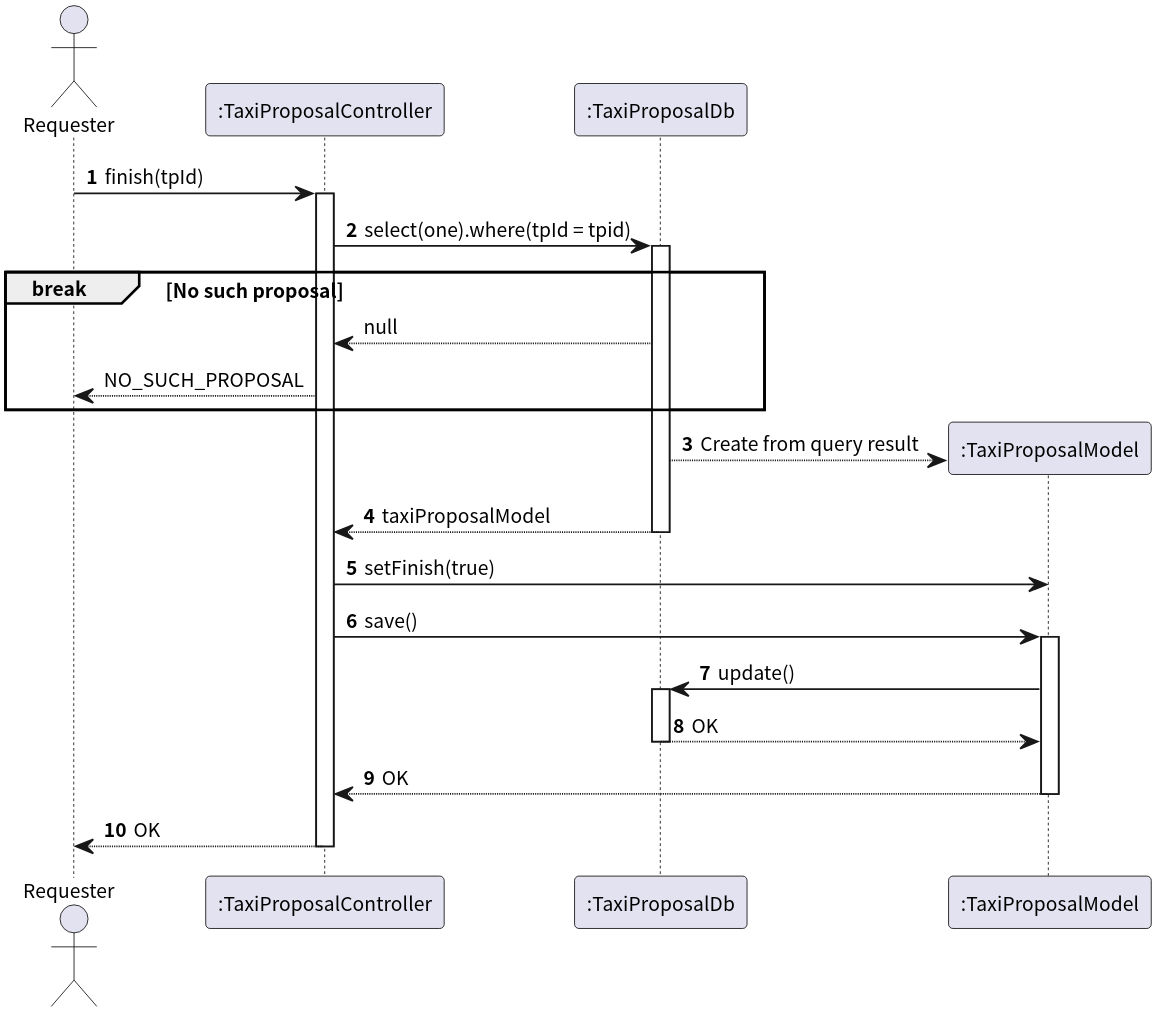
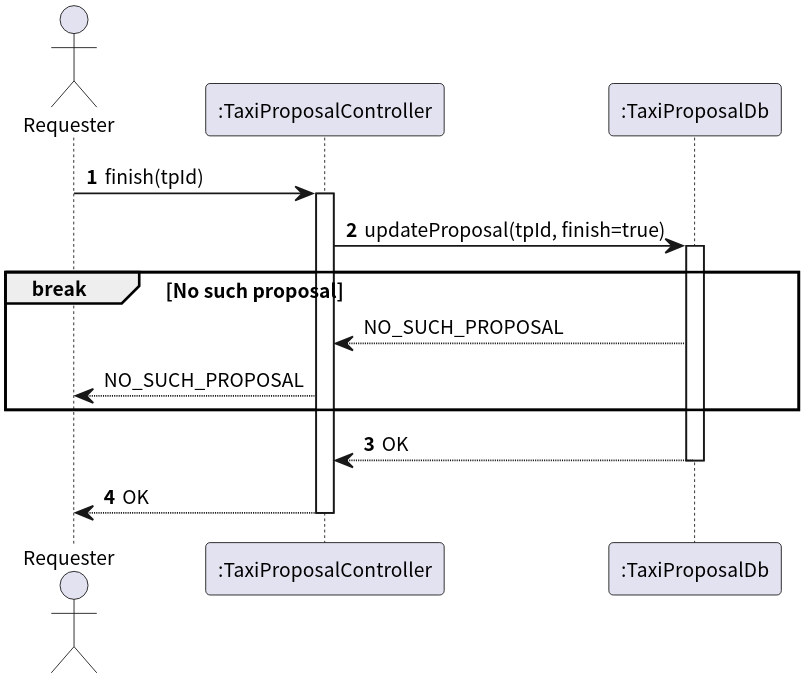
One commit to pan93412/nkust-homework changed the fourth of 6 diagrams in semester-4/system-analysis/sequence-diagram.plantuml. Above: the diagram before and after it, drawn with PlantUML. The commit also changed other lines of this file and 1 other file, not shown here.

Commit message:
s4: system-analysis: update diagram

```diff
--- a/semester-4/system-analysis/sequence-diagram.plantuml
+++ b/semester-4/system-analysis/sequence-diagram.plantuml
@@ -124,37 +119,28 @@
 @startuml TaxiProposalFinish
 
 autonumber
 skinparam dpi 300
 skinparam linetype ortho
 skinparam defaultFontSize 11
 skinparam defaultFontName "Noto Sans CJK TC"
 
 actor Requester as "Requester"
 participant TaxiProposalController as ":TaxiProposalController"
 participant TaxiProposalDb as ":TaxiProposalDb"
 
 Requester -> TaxiProposalController ++: finish(tpId)
 
-TaxiProposalController -> TaxiProposalDb ++: select(one).where(tpId = tpid)
+TaxiProposalController -> TaxiProposalDb ++: updateProposal(tpId, finish=true)
 
 break No such proposal
     autonumber stop
-    TaxiProposalController <-- TaxiProposalDb: null
+    TaxiProposalController <-- TaxiProposalDb: NO_SUCH_PROPOSAL
     Requester <-- TaxiProposalController: NO_SUCH_PROPOSAL
 end
 
 autonumber resume
-
-create participant TaxiProposalModel as ":TaxiProposalModel"
-TaxiProposalDb --> TaxiProposalModel: Create from query result
-return taxiProposalModel
-
-TaxiProposalController -> TaxiProposalModel: setFinish(true)
-TaxiProposalController -> TaxiProposalModel ++: save()
-    TaxiProposalModel -> TaxiProposalDb ++: update()
-    return OK
+return OK
 return OK
 
-return OK
 
 @enduml TaxiProposalFinish
```
